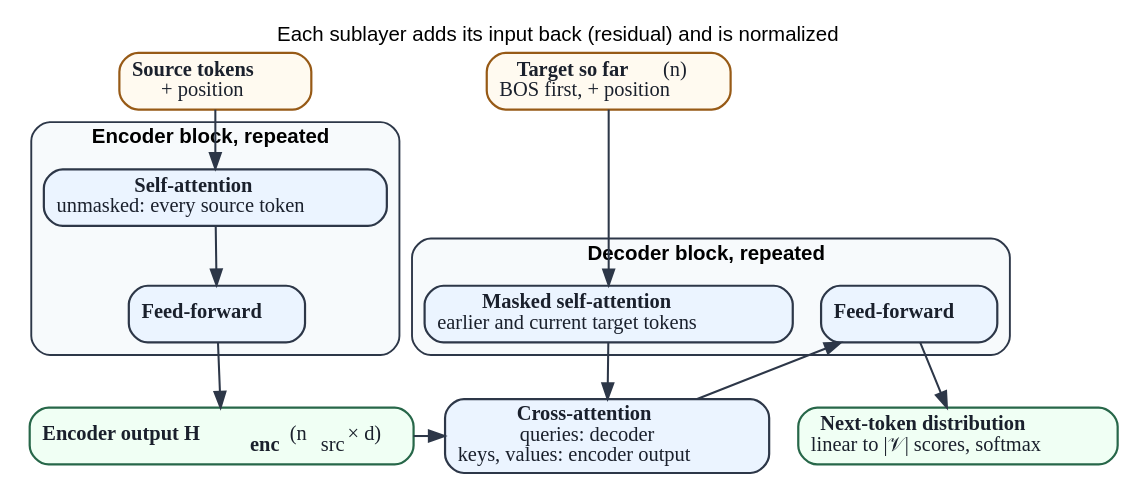
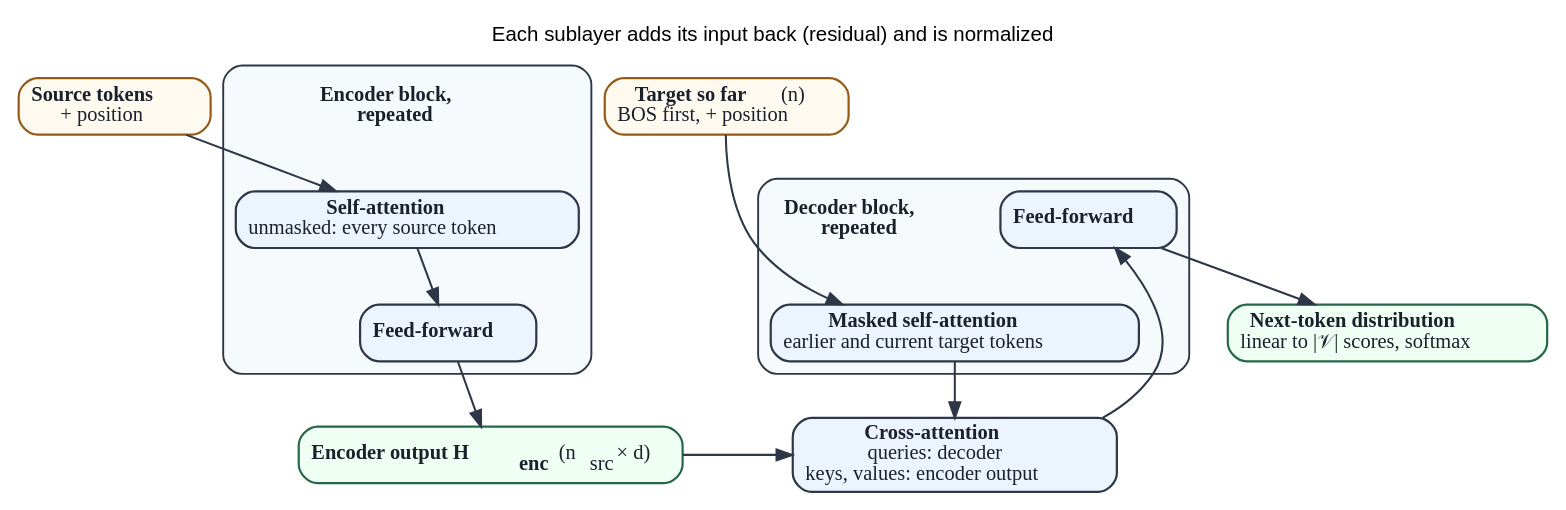
One commit to Beaker12/llmatlas changed the diagram in chapters/01-foundations/figures/encoder_decoder.dot. Above: the diagram before and after it, drawn with Graphviz. The commit also changed 7 other files, not shown here.

Commit message:
Chapter 1: label the output projection by its result and move the encoder-decoder block titles clear of the arrows

```diff
--- a/chapters/01-foundations/figures/encoder_decoder.dot
+++ b/chapters/01-foundations/figures/encoder_decoder.dot
@@ -1,29 +1,33 @@
 digraph EncoderDecoder {
     graph [fontname="Arial" fontsize=13 bgcolor=white label=<Each sublayer adds its input back (residual) and is normalized> labelloc=t];
 
     src [label=<<b>Source tokens</b><br/>+ position> shape=box style="rounded,filled" fillcolor="#fffaf0" color="#975a16" penwidth=1.4 fontsize=13 fontcolor="#1a202c"];
     tgt [label=<<b>Target so far</b> (n)<br/>BOS first, + position> shape=box style="rounded,filled" fillcolor="#fffaf0" color="#975a16" penwidth=1.4 fontsize=13 fontcolor="#1a202c"];
     { rank=same; src; tgt; }
     subgraph cluster_enc {
-        label=<<b>Encoder block, repeated</b>>; fontsize=13; style="rounded,filled"; fillcolor="#f7fafc"; color="#2d3748"; penwidth=1.2;
+        label=""; fontsize=13; style="rounded,filled"; fillcolor="#f7fafc"; color="#2d3748"; penwidth=1.2;
+        tenc [label=<<b>Encoder block,</b><br/><b>repeated</b>> shape=plaintext style=filled fillcolor="#f7fafc" fontsize=13 fontcolor="#1a202c"];
+        tenc -> esa [style=invis];
         esa [label=<<b>Self-attention</b><br/>unmasked: every source token> shape=box style="rounded,filled" fillcolor="#ebf4ff" color="#2d3748" penwidth=1.4 fontsize=13 fontcolor="#1a202c"];
         eff [label=<<b>Feed-forward</b>> shape=box style="rounded,filled" fillcolor="#ebf4ff" color="#2d3748" penwidth=1.4 fontsize=13 fontcolor="#1a202c"];
     }
     subgraph cluster_dec {
-        label=<<b>Decoder block, repeated</b>>; fontsize=13; style="rounded,filled"; fillcolor="#f7fafc"; color="#2d3748"; penwidth=1.2;
+        label=""; fontsize=13; style="rounded,filled"; fillcolor="#f7fafc"; color="#2d3748"; penwidth=1.2;
+        tdec [label=<<b>Decoder block,</b><br/><b>repeated</b>> shape=plaintext style=filled fillcolor="#f7fafc" fontsize=13 fontcolor="#1a202c"];
+        tdec -> dsa [style=invis];
         dsa [label=<<b>Masked self-attention</b><br/>earlier and current target tokens> shape=box style="rounded,filled" fillcolor="#ebf4ff" color="#2d3748" penwidth=1.4 fontsize=13 fontcolor="#1a202c"];
         dca [label=<<b>Cross-attention</b><br/>queries: decoder<br/>keys, values: encoder output> shape=box style="rounded,filled" fillcolor="#ebf4ff" color="#2d3748" penwidth=1.4 fontsize=13 fontcolor="#1a202c"];
         dff [label=<<b>Feed-forward</b>> shape=box style="rounded,filled" fillcolor="#ebf4ff" color="#2d3748" penwidth=1.4 fontsize=13 fontcolor="#1a202c"];
     }
     h [label=<<b>Encoder output H<sub>enc</sub></b>  (n<sub>src</sub> × d)> shape=box style="rounded,filled" fillcolor="#f0fff4" color="#276749" penwidth=1.4 fontsize=13 fontcolor="#1a202c"];
     p [label=<<b>Next-token distribution</b><br/>linear to |𝒱| scores, softmax> shape=box style="rounded,filled" fillcolor="#f0fff4" color="#276749" penwidth=1.4 fontsize=13 fontcolor="#1a202c"];
     { rank=same; h; dca; }
     src -> esa [color="#2d3748" penwidth=1.3 fontsize=12 fontcolor="#1a202c"];
     esa -> eff [color="#2d3748" penwidth=1.3 fontsize=12 fontcolor="#1a202c"];
     eff -> h [color="#2d3748" penwidth=1.3 fontsize=12 fontcolor="#1a202c"];
     tgt -> dsa [color="#2d3748" penwidth=1.3 fontsize=12 fontcolor="#1a202c"];
     dsa -> dca [color="#2d3748" penwidth=1.3 fontsize=12 fontcolor="#1a202c"];
     dca -> dff [color="#2d3748" penwidth=1.3 fontsize=12 fontcolor="#1a202c"];
     dff -> p [color="#2d3748" penwidth=1.3 fontsize=12 fontcolor="#1a202c"];
     h -> dca [color="#2d3748" penwidth=1.3 fontsize=12 fontcolor="#1a202c"];
 }
```
